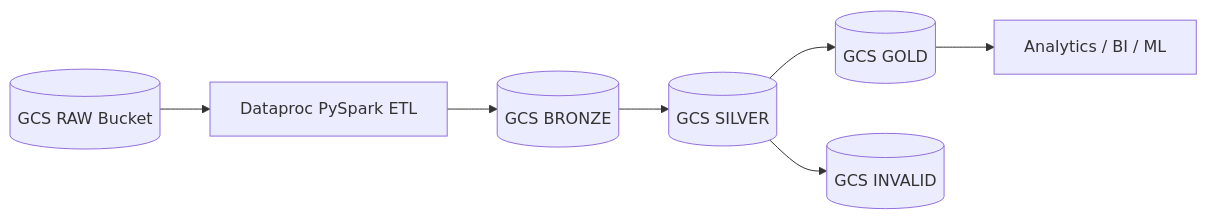
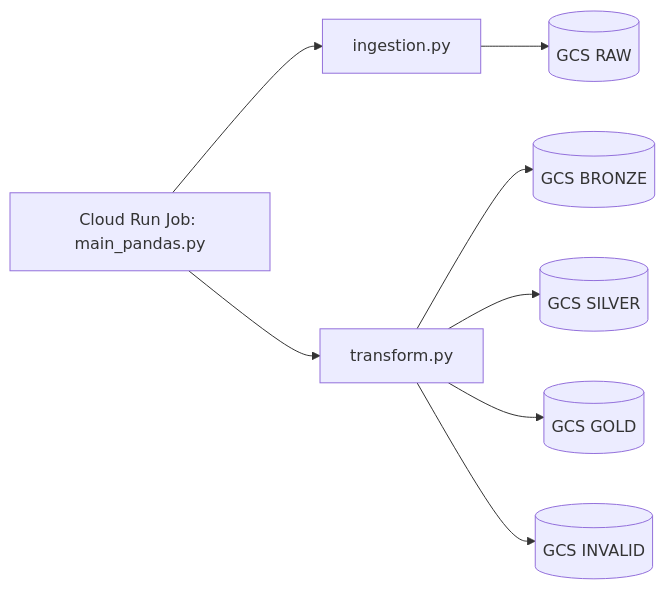
One commit to luizsfjr/Tourist-Attractions changed the diagram in README.md. Above: the diagram before and after it, drawn with Mermaid. The commit also changed other lines of this file, not shown here.

````diff
--- a/README.md
+++ b/README.md
@@ -8,11 +16,10 @@
 ```mermaid
 flowchart LR
-A[(GCS RAW Bucket)] --> B[Dataproc PySpark ETL]
-
-B --> C[(GCS BRONZE)]
-C --> D[(GCS SILVER)]
-D --> E[(GCS GOLD)]
-D --> F[(GCS INVALID)]
-
-E --> G[Analytics / BI / ML]
+A[Cloud Run Job: main_pandas.py] --> B[ingestion.py]
+B --> C[(GCS RAW)]
+A --> D[transform.py]
+D --> E[(GCS BRONZE)]
+D --> F[(GCS SILVER)]
+D --> G[(GCS GOLD)]
+D --> H[(GCS INVALID)]
 ```
````
